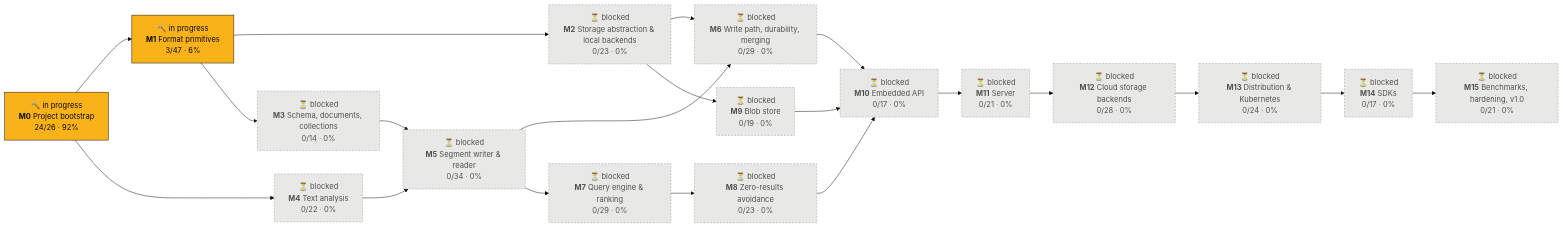
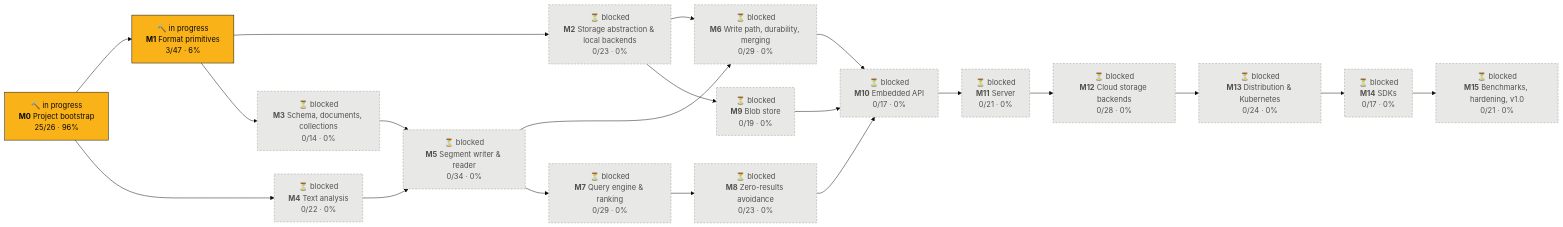
Before and after one commit to tomiok/persiaDB: the first of 2 diagrams in PROGRESS.md, drawn with Mermaid (base theme). The commit also changed other lines of this file and 10 other files, not shown here.

Commit message:
chore(xtask): port progress to Rust (cargo xtask progress), byte-identical output (ROADMAP 0.5.2)

````diff
--- a/PROGRESS.md
+++ b/PROGRESS.md
@@ -14,42 +14,42 @@
 ```mermaid
 flowchart LR
-  M0["🔨 in progress<br/><b>M0</b> Project bootstrap<br/>24/26 · 92%"]:::doing
+  M0["🔨 in progress<br/><b>M0</b> Project bootstrap<br/>25/26 · 96%"]:::doing
   M1["🔨 in progress<br/><b>M1</b> Format primitives<br/>3/47 · 6%"]:::doing
   M2["⏳ blocked<br/><b>M2</b> Storage abstraction & local backends<br/>0/23 · 0%"]:::blocked
   M3["⏳ blocked<br/><b>M3</b> Schema, documents, collections<br/>0/14 · 0%"]:::blocked
   M4["⏳ blocked<br/><b>M4</b> Text analysis<br/>0/22 · 0%"]:::blocked
   M5["⏳ blocked<br/><b>M5</b> Segment writer & reader<br/>0/34 · 0%"]:::blocked
   M6["⏳ blocked<br/><b>M6</b> Write path, durability, merging<br/>0/29 · 0%"]:::blocked
   M7["⏳ blocked<br/><b>M7</b> Query engine & ranking<br/>0/29 · 0%"]:::blocked
   M8["⏳ blocked<br/><b>M8</b> Zero-results avoidance<br/>0/23 · 0%"]:::blocked
   M9["⏳ blocked<br/><b>M9</b> Blob store<br/>0/19 · 0%"]:::blocked
   M10["⏳ blocked<br/><b>M10</b> Embedded API<br/>0/17 · 0%"]:::blocked
   M11["⏳ blocked<br/><b>M11</b> Server<br/>0/21 · 0%"]:::blocked
   M12["⏳ blocked<br/><b>M12</b> Cloud storage backends<br/>0/28 · 0%"]:::blocked
   M13["⏳ blocked<br/><b>M13</b> Distribution & Kubernetes<br/>0/24 · 0%"]:::blocked
   M14["⏳ blocked<br/><b>M14</b> SDKs<br/>0/17 · 0%"]:::blocked
   M15["⏳ blocked<br/><b>M15</b> Benchmarks, hardening, v1.0<br/>0/21 · 0%"]:::blocked
   M0 --> M1
   M1 --> M2
   M1 --> M3
   M0 --> M4
   M3 --> M5
   M4 --> M5
   M2 --> M6
   M5 --> M6
   M5 --> M7
   M7 --> M8
   M2 --> M9
   M6 --> M10
   M8 --> M10
   M9 --> M10
   M10 --> M11
   M11 --> M12
   M12 --> M13
   M13 --> M14
   M14 --> M15
   classDef done fill:#0ca30c,stroke:#0b0b0b,color:#0b0b0b
   classDef doing fill:#fab219,stroke:#0b0b0b,color:#0b0b0b
   classDef ready fill:#fcfcfb,stroke:#0b0b0b,stroke-width:2px,color:#0b0b0b
   classDef blocked fill:#e8e8e6,stroke:#9a9a96,stroke-dasharray:4 3,color:#52514e
 ```
````
